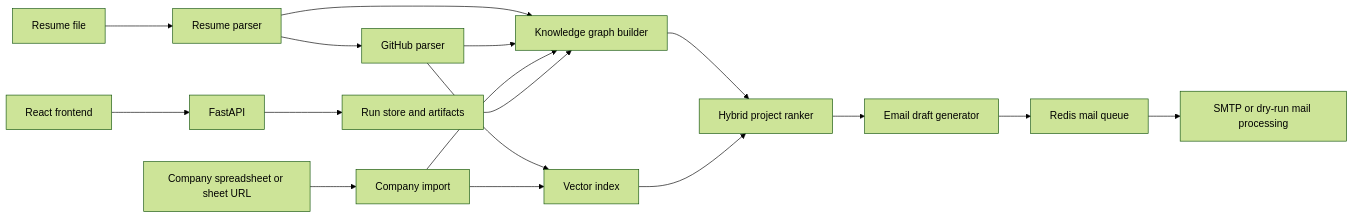
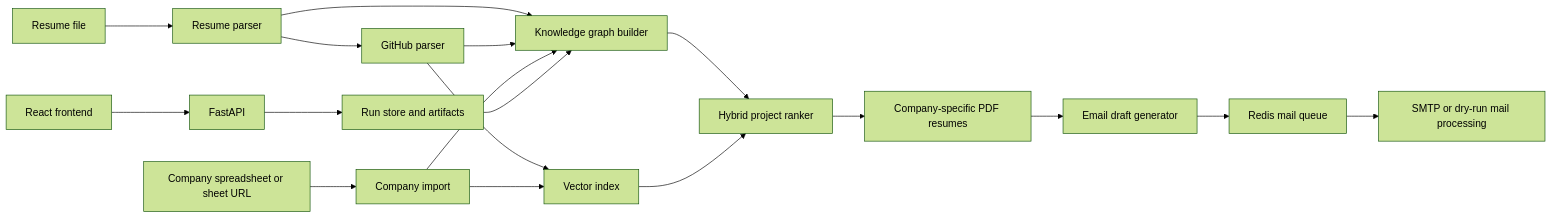
The diagram in README.md (Aryan-coder-student/AI-Job-Email-Sender), drawn with Mermaid (forest theme) before and after one commit. The commit also changed other lines of this file, not shown here.

Commit message:
docs: explain per-company PDF generation and review workflow

````diff
--- a/README.md
+++ b/README.md
@@ -35,23 +36,24 @@
 ```mermaid
 flowchart LR
     Resume[Resume file] --> ParseResume[Resume parser]
     ParseResume --> GitHub[GitHub parser]
     Companies[Company spreadsheet or sheet URL] --> Import[Company import]
 
     ParseResume --> Graph[Knowledge graph builder]
     GitHub --> Graph
     Import --> Graph
 
     GitHub --> Vectors[Vector index]
     Import --> Vectors
 
     Graph --> Ranker[Hybrid project ranker]
     Vectors --> Ranker
-    Ranker --> Drafts[Email draft generator]
+    Ranker --> CompanyResumes[Company-specific PDF resumes]
+    CompanyResumes --> Drafts[Email draft generator]
     Drafts --> Queue[Redis mail queue]
     Queue --> Mail[SMTP or dry-run mail processing]
 
     API[FastAPI] --> RunStore[Run store and artifacts]
     RunStore --> Graph
     UI[React frontend] --> API
 ```
````
